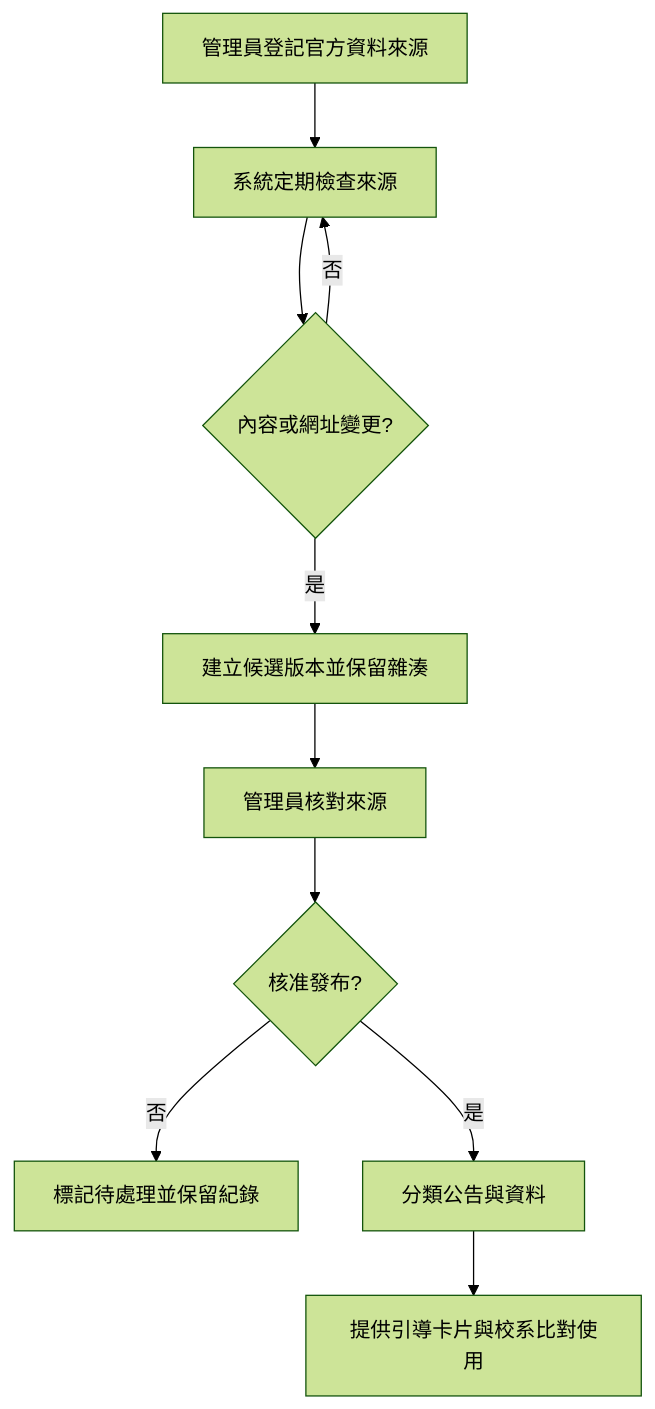
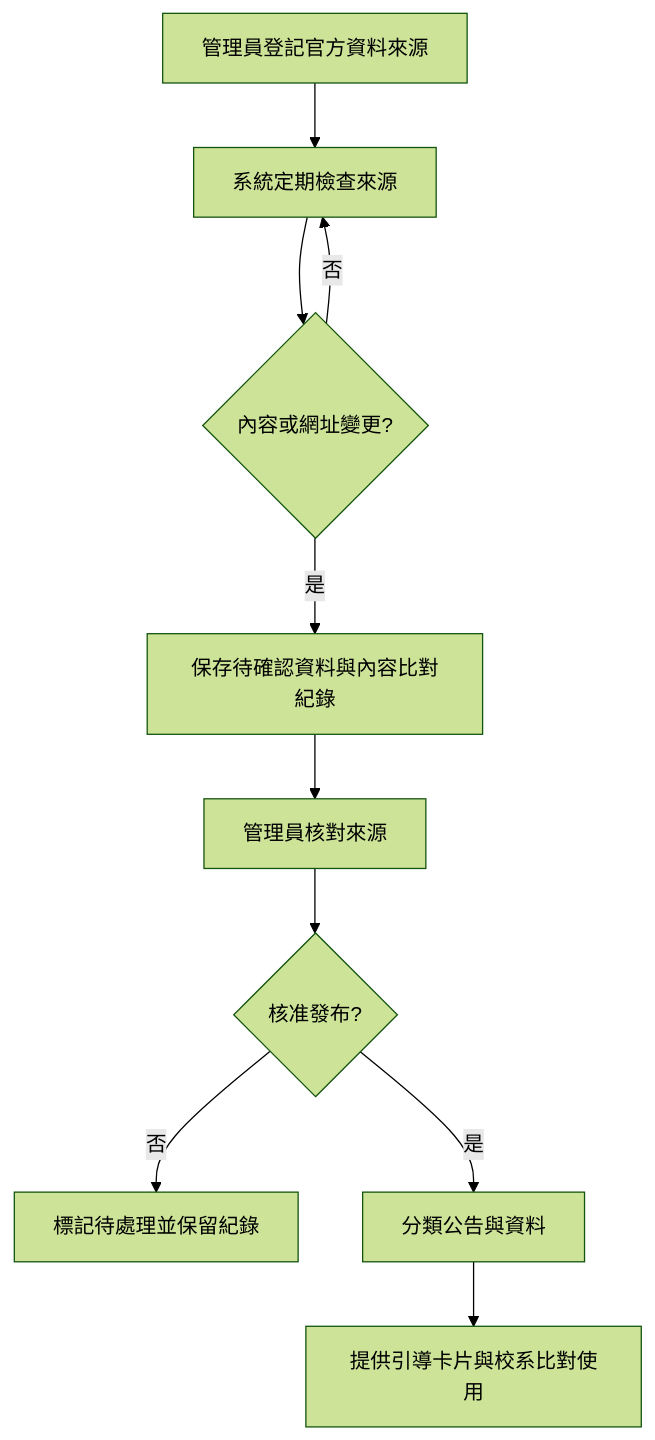
Before and after one commit to vujhdcusa/1028: the diagram in docs/images/D-30-admin-source-flow.mmd, drawn with Mermaid (forest theme). The commit also changed 79 other files, not shown here.

First line of the commit message:
雲端副本符合度檢查與排版修正；提交 GPT 未提交的流程圖；修正圖 26、32；流程圖大全簡報補齊圖片

```diff
--- a/docs/images/D-30-admin-source-flow.mmd
+++ b/docs/images/D-30-admin-source-flow.mmd
@@ -1,10 +1,10 @@
 flowchart TD
   A[管理員登記官方資料來源] --> B[系統定期檢查來源]
   B --> C{內容或網址變更?}
   C -- 否 --> B
-  C -- 是 --> D[建立候選版本並保留雜湊]
+  C -- 是 --> D[保存待確認資料與內容比對紀錄]
   D --> E[管理員核對來源]
   E --> F{核准發布?}
   F -- 否 --> G[標記待處理並保留紀錄]
   F -- 是 --> H[分類公告與資料]
   H --> I[提供引導卡片與校系比對使用]
```
